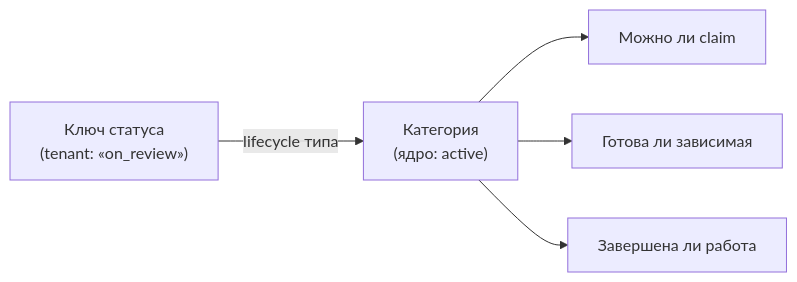
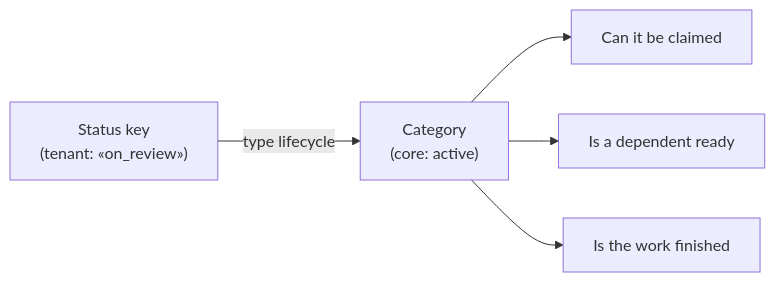
Before and after one commit to monthu56/taimen: the first of 5 diagrams in guide/docs/control-plane/task-types.md, drawn with Mermaid. The commit also changed other lines of this file and 183 other files, not shown here.

````diff
--- a/guide/docs/control-plane/task-types.md
+++ b/guide/docs/control-plane/task-types.md
@@ -19,7 +20,7 @@
 ```mermaid
 flowchart LR
-    K["Ключ статуса<br/>(tenant: «on_review»)"] -->|lifecycle типа| C["Категория<br/>(ядро: active)"]
-    C --> D1["Можно ли claim"]
-    C --> D2["Готова ли зависимая"]
-    C --> D3["Завершена ли работа"]
+    K["Status key<br/>(tenant: «on_review»)"] -->|type lifecycle| C["Category<br/>(core: active)"]
+    C --> D1["Can it be claimed"]
+    C --> D2["Is a dependent ready"]
+    C --> D3["Is the work finished"]
 ```
````
